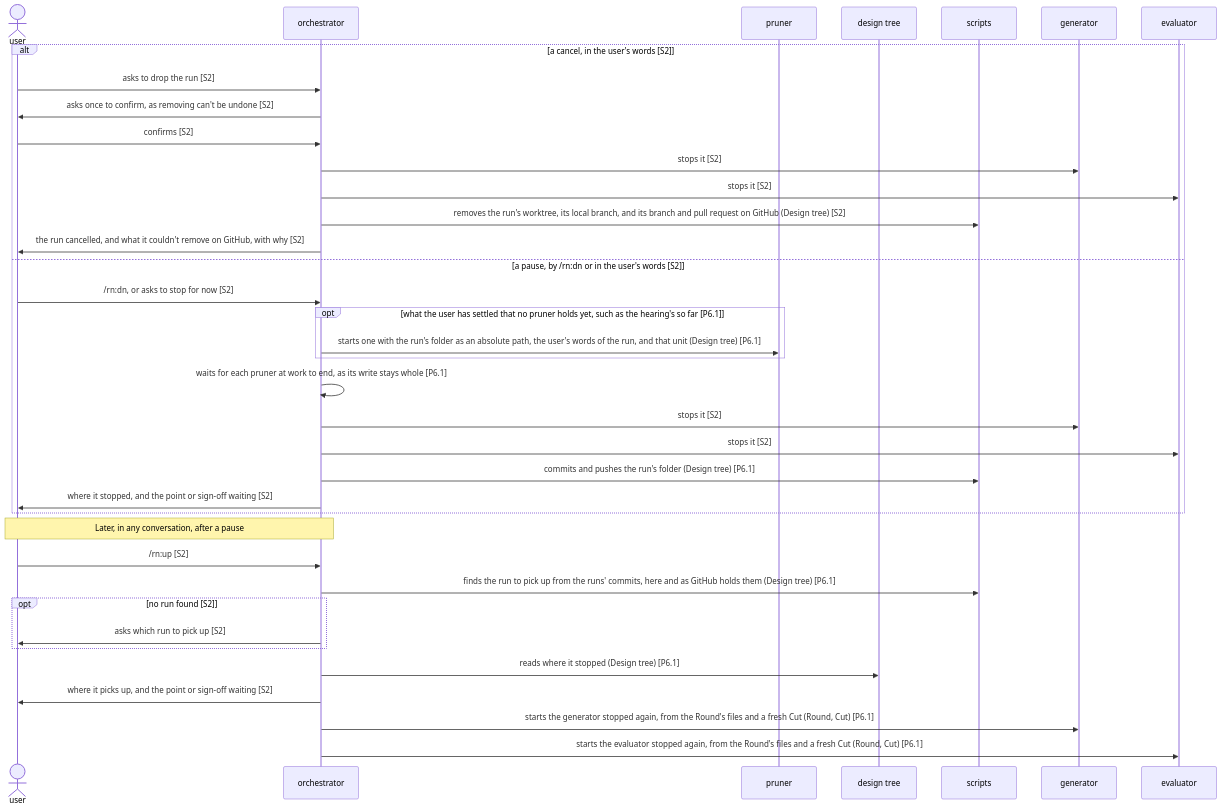
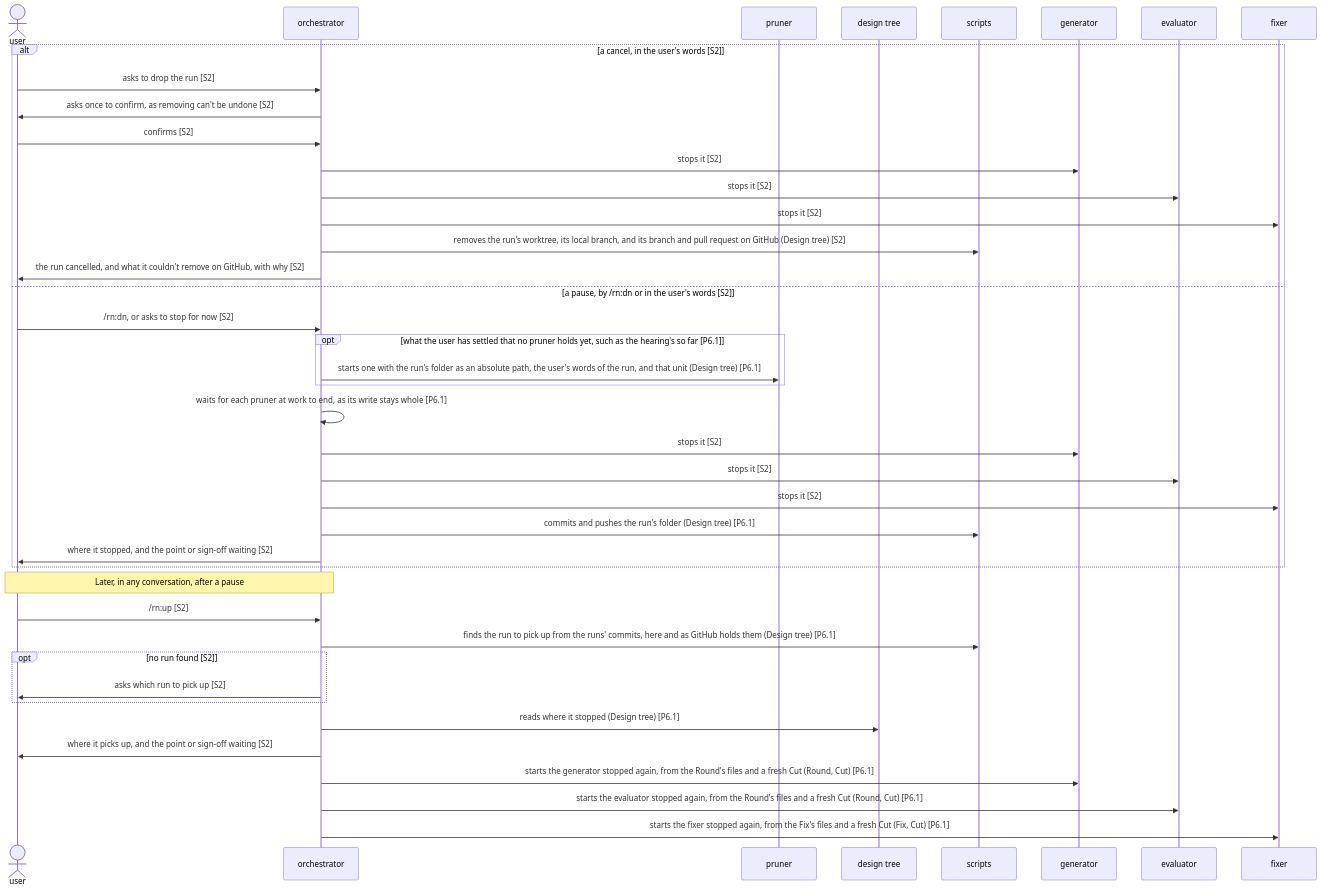
One commit to lovaizu/ccpm changed the second of 2 diagrams in dev/rn/architecture.md. Above: the diagram before and after it, drawn with Mermaid. The commit also changed other lines of this file and 2 other files, not shown here.

First line of the commit message:
rn: its architecture mends a made deliverable by a fixer, at once, where the mend keeps each decision

````diff
--- a/dev/rn/architecture.md
+++ b/dev/rn/architecture.md
@@ -309,39 +367,43 @@
 ```mermaid
 sequenceDiagram
   actor U as user
   participant O as orchestrator
   participant P as pruner
   participant T as design tree
   participant S as scripts
   participant G as generator
   participant E as evaluator
+  participant F as fixer
   alt a cancel, in the user's words [S2]
     U->>O: asks to drop the run [S2]
     O->>U: asks once to confirm, as removing can't be undone [S2]
     U->>O: confirms [S2]
     O->>G: stops it [S2]
     O->>E: stops it [S2]
+    O->>F: stops it [S2]
     O->>S: removes the run's worktree, its local branch, and its branch and pull request on GitHub (Design tree) [S2]
     O->>U: the run cancelled, and what it couldn't remove on GitHub, with why [S2]
   else a pause, by /rn:dn or in the user's words [S2]
     U->>O: /rn:dn, or asks to stop for now [S2]
     opt what the user has settled that no pruner holds yet, such as the hearing's so far [P6.1]
       O->>P: starts one with the run's folder as an absolute path, the user's words of the run, and that unit (Design tree) [P6.1]
     end
     O->>O: waits for each pruner at work to end, as its write stays whole [P6.1]
     O->>G: stops it [S2]
     O->>E: stops it [S2]
+    O->>F: stops it [S2]
     O->>S: commits and pushes the run's folder (Design tree) [P6.1]
     O->>U: where it stopped, and the point or sign-off waiting [S2]
   end
   Note over U,O: Later, in any conversation, after a pause
   U->>O: /rn:up [S2]
   O->>S: finds the run to pick up from the runs' commits, here and as GitHub holds them (Design tree) [P6.1]
   opt no run found [S2]
     O->>U: asks which run to pick up [S2]
   end
   O->>T: reads where it stopped (Design tree) [P6.1]
   O->>U: where it picks up, and the point or sign-off waiting [S2]
   O->>G: starts the generator stopped again, from the Round's files and a fresh Cut (Round, Cut) [P6.1]
   O->>E: starts the evaluator stopped again, from the Round's files and a fresh Cut (Round, Cut) [P6.1]
+  O->>F: starts the fixer stopped again, from the Fix's files and a fresh Cut (Fix, Cut) [P6.1]
 ```
````
